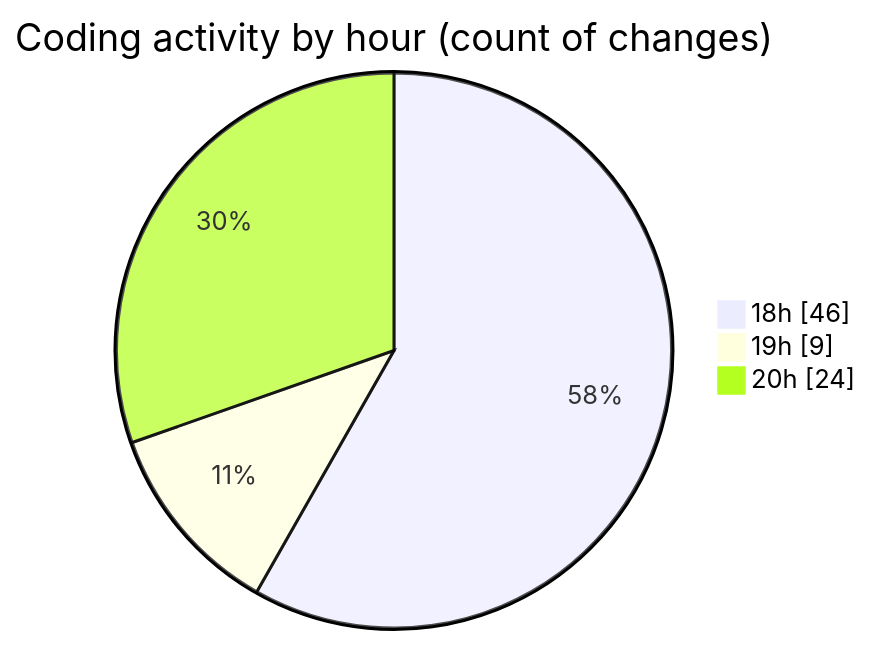
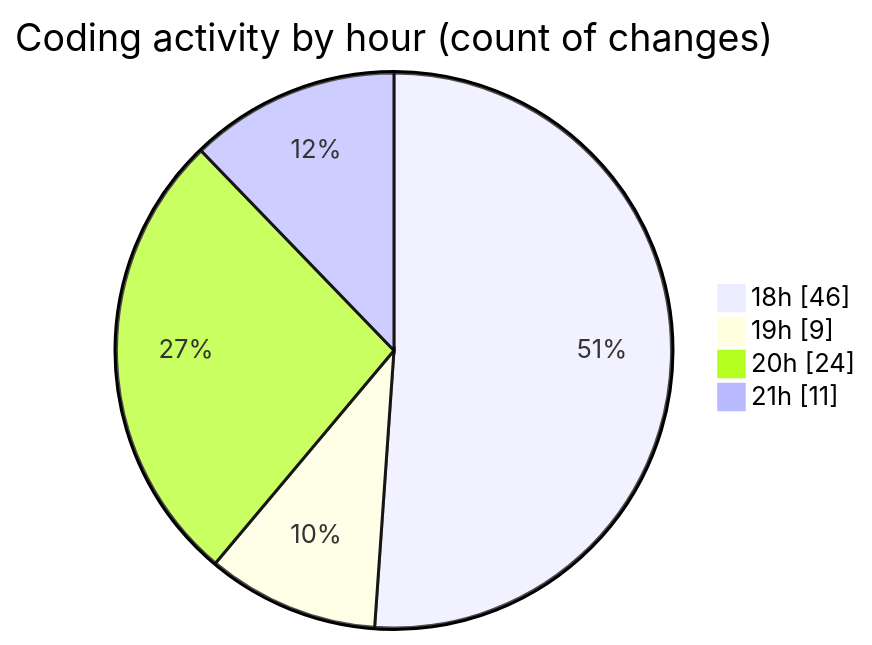
The second of 2 diagrams in 2025-07-05/hidden_search_widget/README.md (Ritupan-Deka/code-tracking), drawn with Mermaid before and after one commit. The commit also changed other lines of this file and 1 other file, not shown here.

````diff
--- a/2025-07-05/hidden_search_widget/README.md
+++ b/2025-07-05/hidden_search_widget/README.md
@@ -34,7 +37,8 @@
 ```mermaid
 pie showData
 title Coding activity by hour (count of changes)
 "18h" : 46
 "19h" : 9
 "20h" : 24
+"21h" : 11
 ```
````
